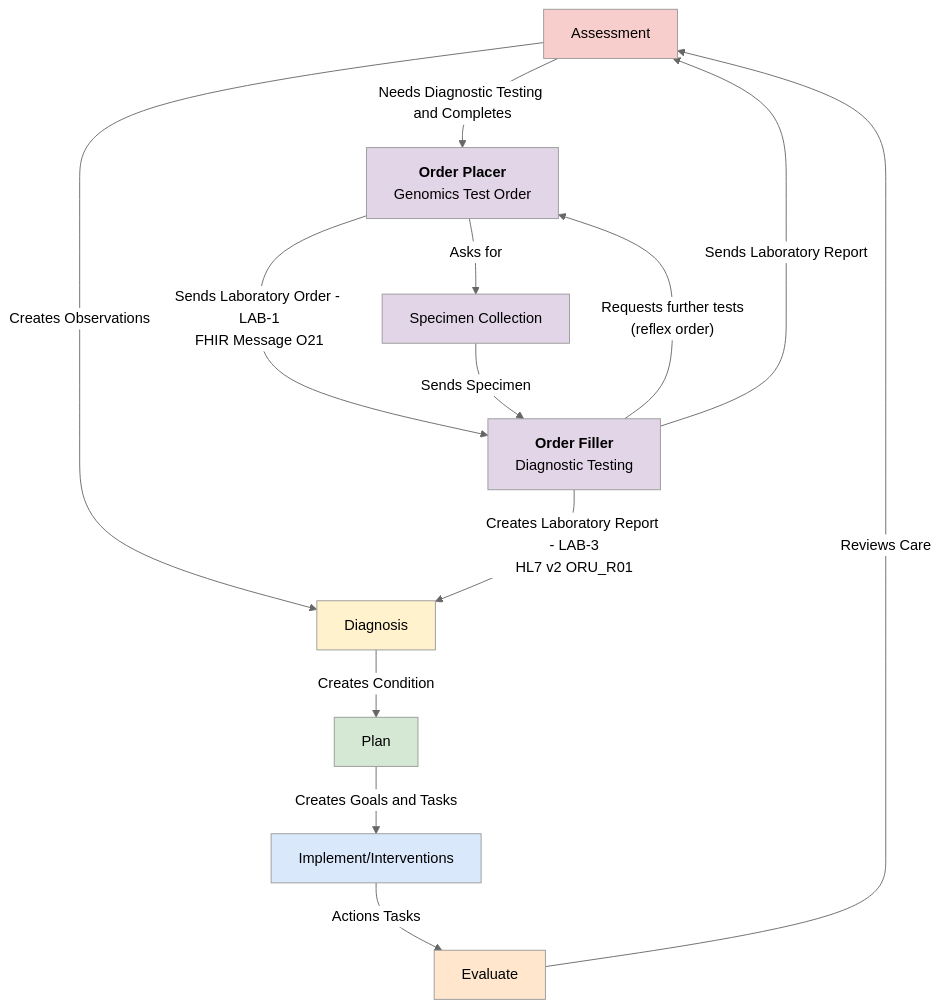
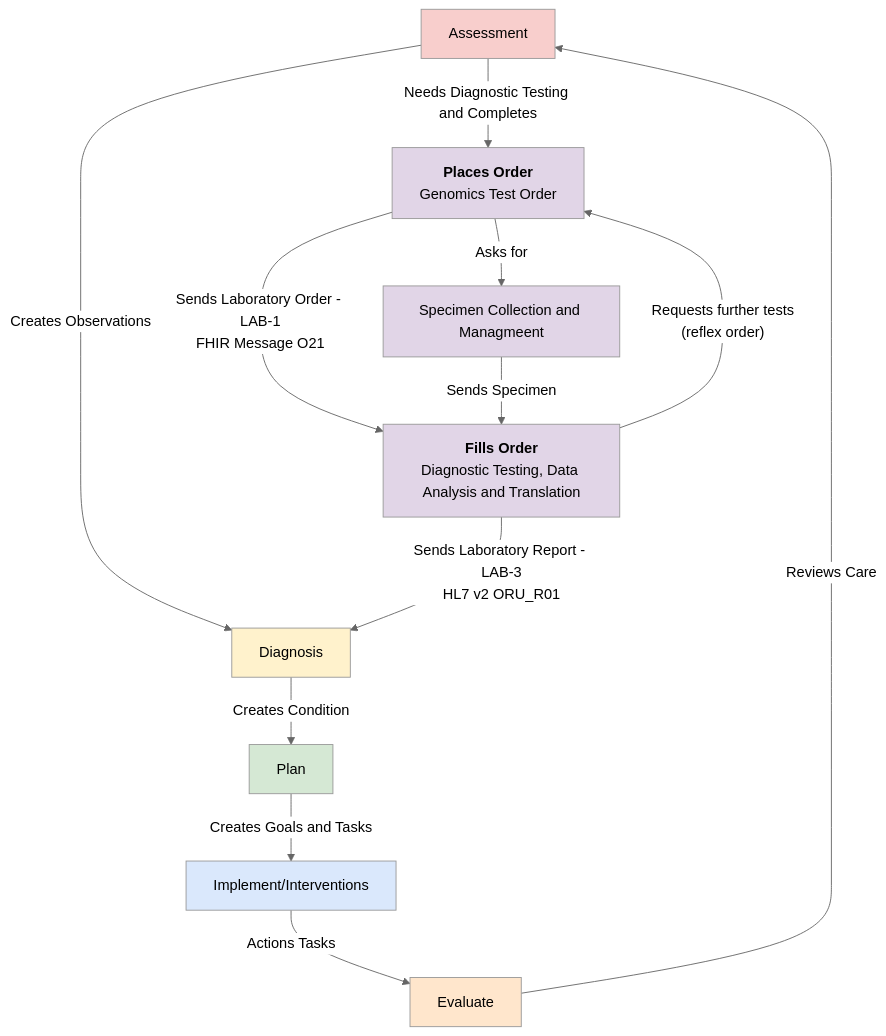
One commit to uk-gov-mirror/nw-gmsa.nw-gmsa.github.com changed the first of 5 diagrams in input/pagecontent/index.md. Above: the diagram before and after it, drawn with Mermaid (neutral theme).

Commit message:
Wording change

````diff
--- a/input/pagecontent/index.md
+++ b/input/pagecontent/index.md
@@ -7,36 +7,36 @@
 ```mermaid
 graph TD;
 
     A[Assessment]-->|Creates Observations| B;
     A--> |Needs Diagnostic Testing and Completes| T;
     B[Diagnosis]-->|Creates Condition| C;
-    T[<b>Order Placer</b><br/>Genomics Test Order]--> |"Sends Laboratory Order - LAB-1<br/>FHIR Message O21"| AN;
+    T[<b>Places Order</b><br/>Genomics Test Order]--> |"Sends Laboratory Order - LAB-1<br/>FHIR Message O21"| AN;
     T --> |Asks for| S
-    S[Specimen Collection] --> |Sends Specimen| AN;
-    AN["<b>Order Filler</b><br/>Diagnostic Testing"] --> |"Requests further tests <br/>(reflex order)"| T;
-    AN --> |"Creates Laboratory Report - LAB-3<br/>HL7 v2 ORU_R01"| B;
-    AN --> |Sends Laboratory Report| A;
+    S[Specimen Collection and Managmeent] --> |Sends Specimen| AN;
+    AN["<b>Fills Order</b><br/>Diagnostic Testing, Data Analysis and Translation"] --> |"Requests further tests <br/>(reflex order)"| T;
+    AN --> |"Sends Laboratory Report - LAB-3<br/>HL7 v2 ORU_R01"| B;
+
     C[Plan]-->|Creates Goals and Tasks| D;
     D[Implement/Interventions]-->|Actions Tasks| E;
     E[Evaluate]--> |Reviews Care| A;
     
     click T Questionnaire-GenomicTestOrder.html
     click AN Questionnaire-GenomicTestReport.html
     click S ExampleScenario-BiopsyProcedure.html
 
     classDef purple fill:#E1D5E7;
 
     classDef yellow fill:#FFF2CC;
     classDef pink fill:#F8CECC
     classDef green fill:#D5E8D4;
     classDef blue fill:#DAE8FC;
     classDef orange fill:#FFE6CC;
 
     class A pink
     class B yellow
     class C green
     class D blue
     class E orange
 
     class O,S,T,AN purple
 ```
````
